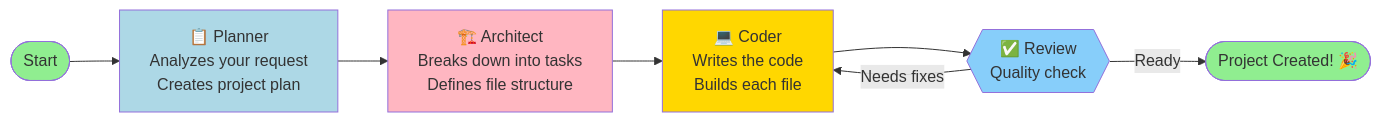
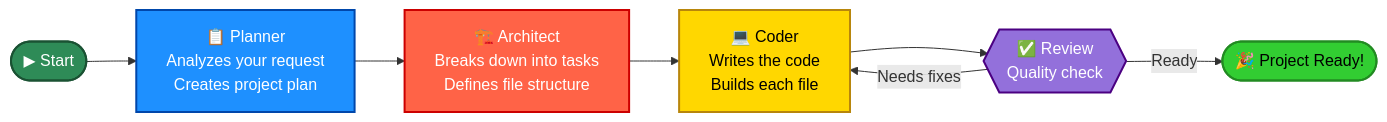
The diagram in README.md (akhilesh3425/multi-agent-Coding-Assistant), drawn with Mermaid before and after one commit.

````diff
--- a/README.md
+++ b/README.md
@@ -137,16 +137,16 @@
 ```mermaid
 flowchart LR
-    start(["Start"]) --> planner["📋 Planner<br/>Analyzes your request<br/>Creates project plan"]
+    start(["▶ Start"]) --> planner["📋 Planner<br/>Analyzes your request<br/>Creates project plan"]
     planner --> architect["🏗️ Architect<br/>Breaks down into tasks<br/>Defines file structure"]
     architect --> coder["💻 Coder<br/>Writes the code<br/>Builds each file"]
     coder --> review{{"✅ Review<br/>Quality check"}}
     review -->|Needs fixes| coder
-    review -->|Ready| finish(["Project Created! 🎉"])
+    review -->|Ready| finish(["🎉 Project Ready!"])
 
-    style start fill:#90EE90
-    style planner fill:#ADD8E6
-    style architect fill:#FFB6C1
-    style coder fill:#FFD700
-    style review fill:#87CEFA
-    style finish fill:#90EE90
+    style start fill:#2E8B57,color:#fff,stroke:#1a5233,stroke-width:2px
+    style planner fill:#1E90FF,color:#fff,stroke:#0047AB,stroke-width:2px
+    style architect fill:#FF6347,color:#fff,stroke:#CC0000,stroke-width:2px
+    style coder fill:#FFD700,color:#000,stroke:#B8860B,stroke-width:2px
+    style review fill:#9370DB,color:#fff,stroke:#4B0082,stroke-width:2px
+    style finish fill:#32CD32,color:#000,stroke:#228B22,stroke-width:2px
 ```
````
